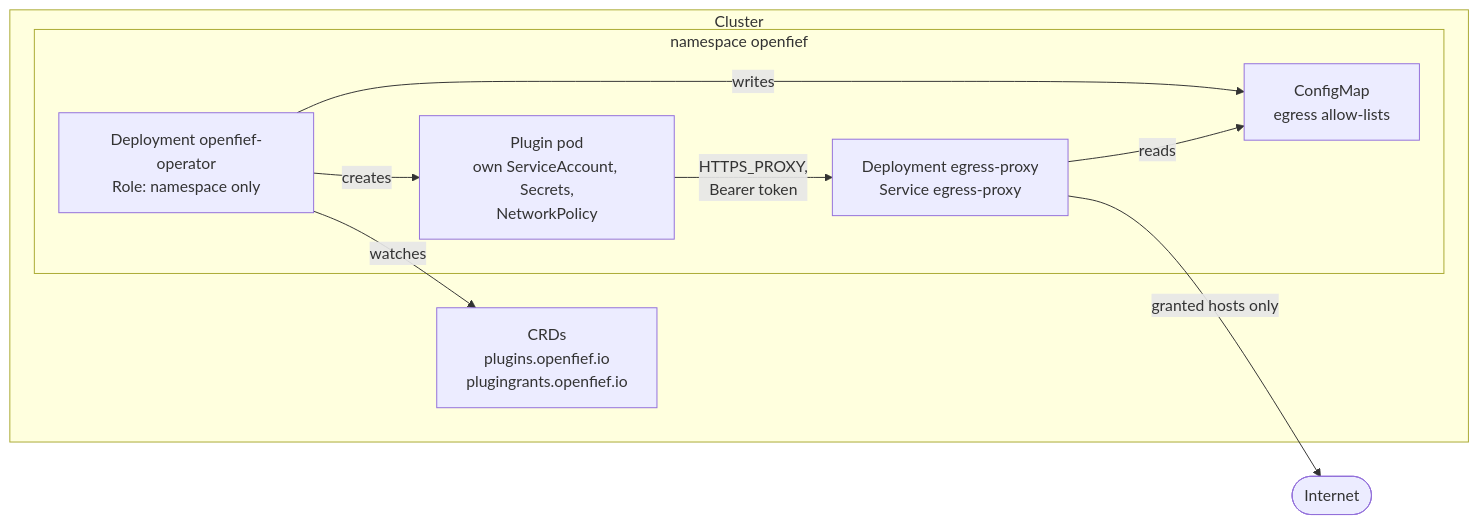
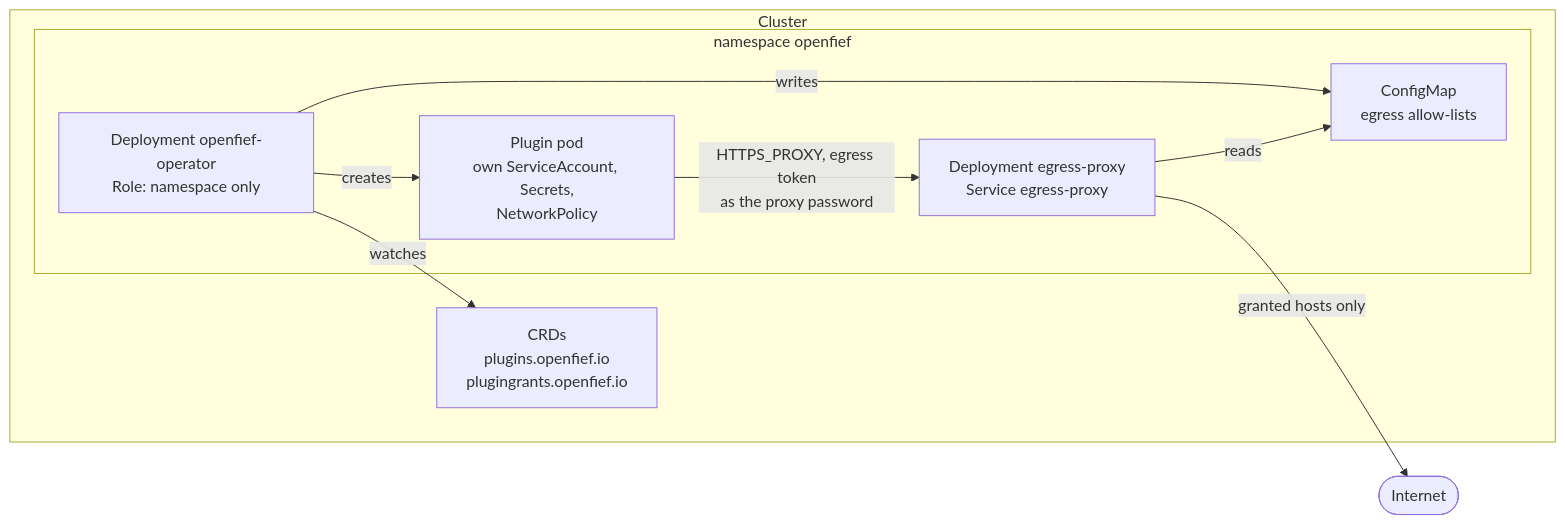
Before and after one commit to arkadiuss/openfief: the fourth of 5 diagrams in docs/architecture.md, drawn with Mermaid. The commit also changed other lines of this file and 5 other files, not shown here.

First line of the commit message:
docs: bring architecture and concept pages up to main

````diff
--- a/docs/architecture.md
+++ b/docs/architecture.md
@@ -108,19 +110,19 @@
 ```mermaid
 flowchart LR
   subgraph cluster["Cluster"]
     crds["CRDs<br/>plugins.openfief.io<br/>plugingrants.openfief.io"]
     subgraph ns["namespace openfief"]
       op["Deployment openfief-operator<br/>Role: namespace only"]
       px["Deployment egress-proxy<br/>Service egress-proxy"]
       p1["Plugin pod<br/>own ServiceAccount, Secrets,<br/>NetworkPolicy"]
       cm["ConfigMap<br/>egress allow-lists"]
     end
   end
   internet(["Internet"])
   op -- "watches" --> crds
   op -- "creates" --> p1
   op -- "writes" --> cm
   px -- "reads" --> cm
-  p1 -- "HTTPS_PROXY,<br/>Bearer token" --> px
+  p1 -- "HTTPS_PROXY, egress token<br/>as the proxy password" --> px
   px -- "granted hosts only" --> internet
 ```
````
